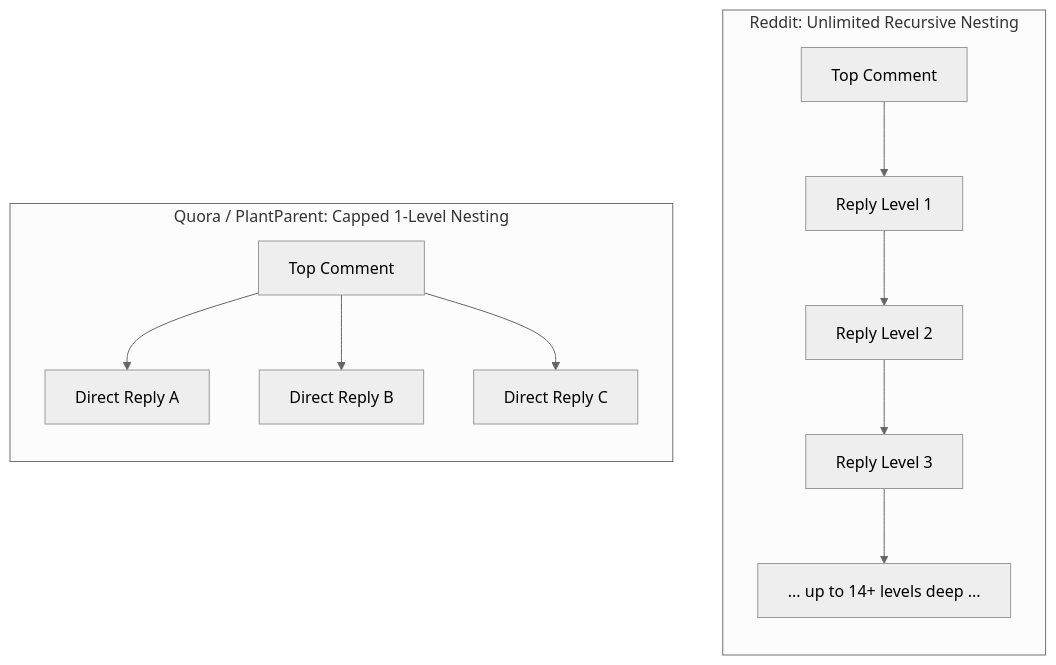
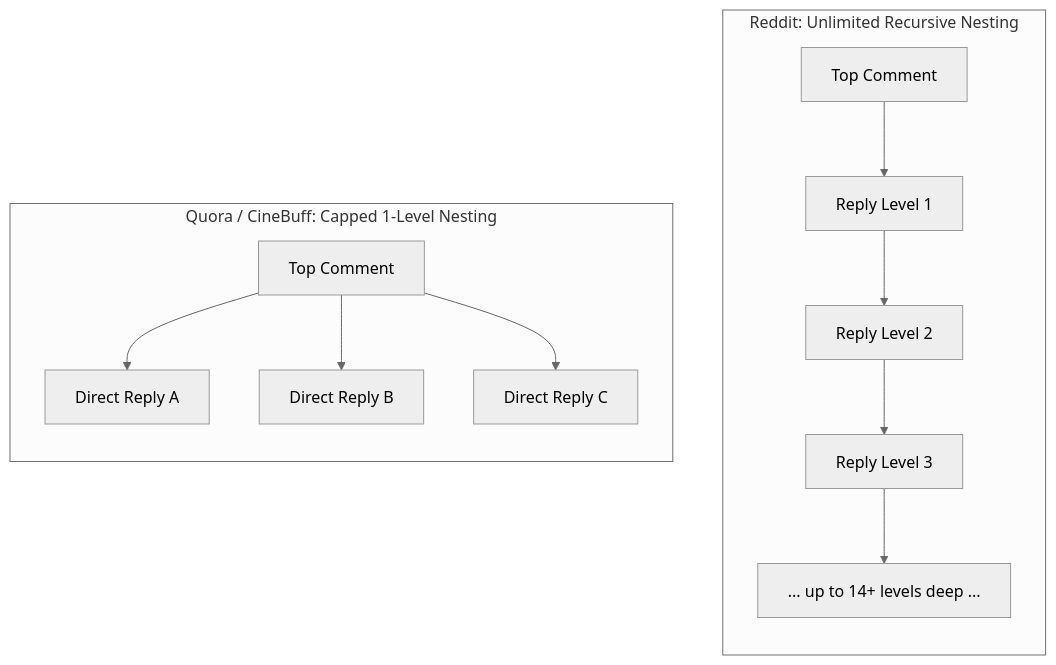
The seventh of 15 diagrams in system-design/HLD/0-course/27-Design Quora-FAANG-Guide-story.md (riyaz-pasha/Learnings), drawn with Mermaid (neutral theme) before and after one commit. The commit also changed other lines of this file, not shown here.

Commit message:
docs: update narrative guide domain from PlantParent gardening to CineBuff movie Q&A

````diff
--- a/system-design/HLD/0-course/27-Design Quora-FAANG-Guide-story.md
+++ b/system-design/HLD/0-course/27-Design Quora-FAANG-Guide-story.md
@@ -401,17 +401,17 @@
 ```mermaid
 flowchart TD
     subgraph Reddit["Reddit: Unlimited Recursive Nesting"]
         direction TB
         R_C1["Top Comment"] --> R_C2["Reply Level 1"]
         R_C2 --> R_C3["Reply Level 2"]
         R_C3 --> R_C4["Reply Level 3"]
         R_C4 --> R_Dots["... up to 14+ levels deep ..."]
     end
 
-    subgraph PlantParent["Quora / PlantParent: Capped 1-Level Nesting"]
+    subgraph CineBuff["Quora / CineBuff: Capped 1-Level Nesting"]
         direction TB
         P_C1["Top Comment"] --> P_R1["Direct Reply A"]
         P_C1 --> P_R2["Direct Reply B"]
         P_C1 --> P_R3["Direct Reply C"]
     end
 ```
````
